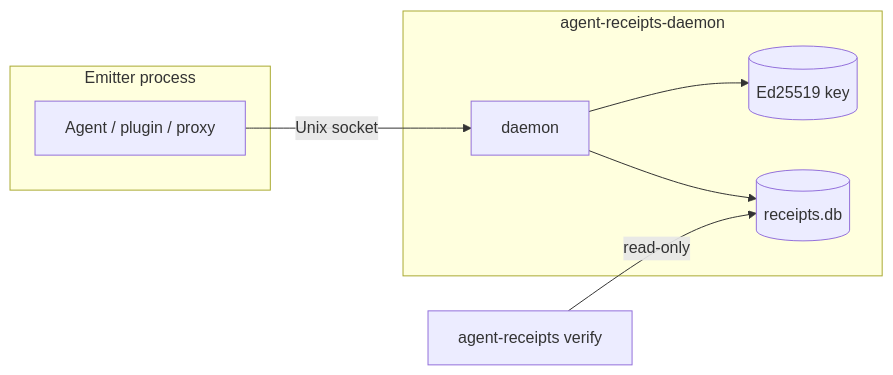
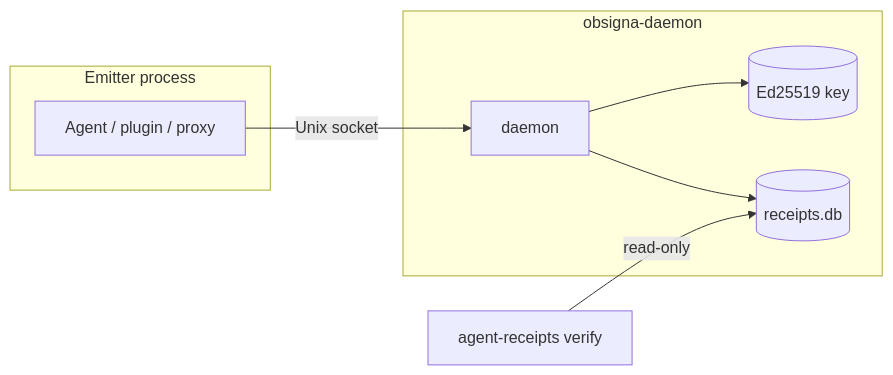
The diagram in site/src/content/docs/index.mdx (agent-receipts/ar), drawn with Mermaid before and after one commit. The commit also changed 41 other files, not shown here.

````diff
--- a/site/src/content/docs/index.mdx
+++ b/site/src/content/docs/index.mdx
@@ -124,13 +124,13 @@
 ```mermaid
 graph LR
   subgraph ap["Emitter process"]
     A["Agent / plugin / proxy"]
   end
   A -- "Unix socket" --> D
-  subgraph dp["agent-receipts-daemon"]
+  subgraph dp["obsigna-daemon"]
     D[daemon]
     D --> K[(Ed25519 key)]
     D --> DB[(receipts.db)]
   end
   V["agent-receipts verify"] -- "read-only" --> DB
 ```
````
